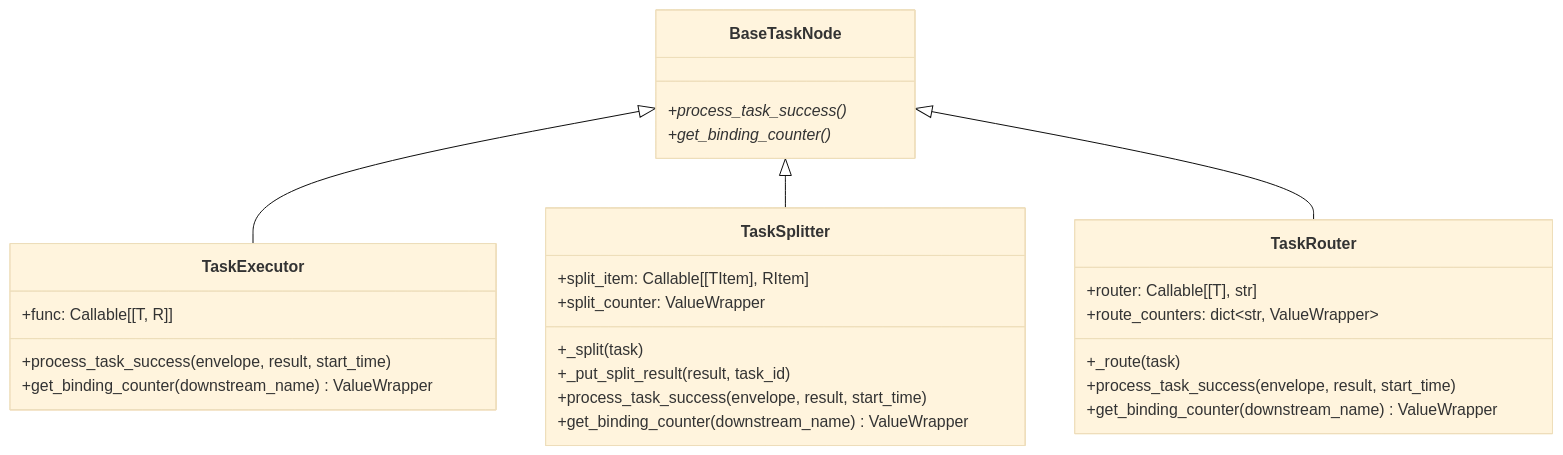
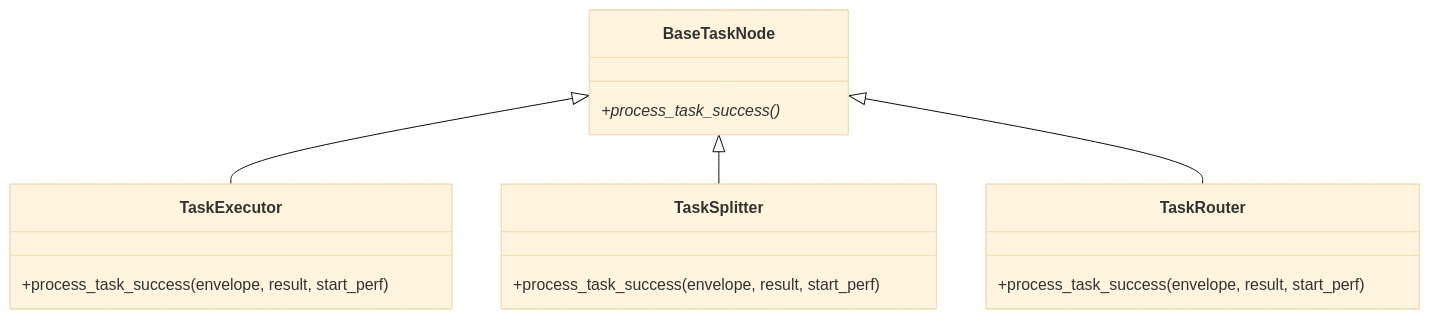
The diagram in docs/ja/src/node/core_nodes.md (Mr-xiaotian/CelestialFlow), drawn with Mermaid (base theme) before and after one commit. The commit also changed other lines of this file and 211 other files, not shown here.

````diff
--- a/docs/ja/src/node/core_nodes.md
+++ b/docs/ja/src/node/core_nodes.md
@@ -13,31 +13,19 @@
 ```mermaid
 classDiagram
     class BaseTaskNode {
         +process_task_success()*
-        +get_binding_counter()*
     }
     class TaskExecutor {
-        +func: Callable[[T, R]]
-        +process_task_success(envelope, result, start_time)
-        +get_binding_counter(downstream_name) ValueWrapper
+        +process_task_success(envelope, result, start_perf)
     }
     class TaskSplitter {
-        +split_item: Callable[[TItem], RItem]
-        +split_counter: ValueWrapper
-        +_split(task)
-        +_put_split_result(result, task_id)
-        +process_task_success(envelope, result, start_time)
-        +get_binding_counter(downstream_name) ValueWrapper
+        +process_task_success(envelope, result, start_perf)
     }
     class TaskRouter {
-        +router: Callable[[T], str]
-        +route_counters: dict~str, ValueWrapper~
-        +_route(task)
-        +process_task_success(envelope, result, start_time)
-        +get_binding_counter(downstream_name) ValueWrapper
+        +process_task_success(envelope, result, start_perf)
     }
 
     BaseTaskNode <|-- TaskExecutor
     BaseTaskNode <|-- TaskSplitter
     BaseTaskNode <|-- TaskRouter
 ```
````
